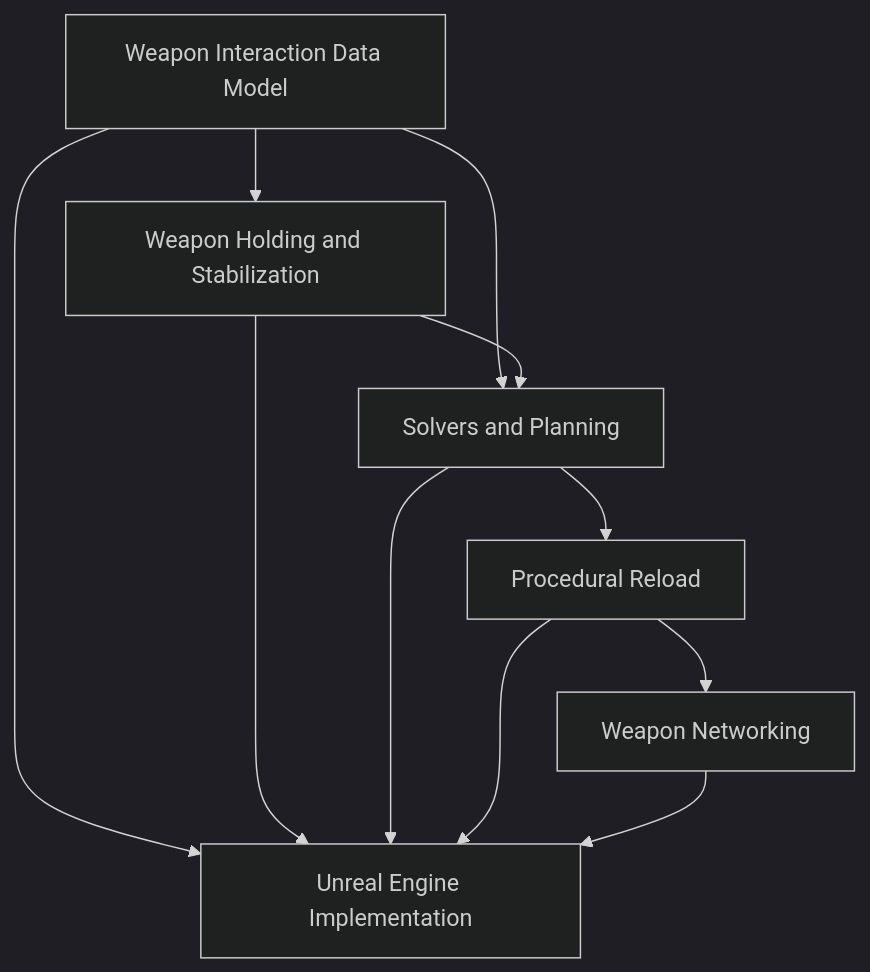
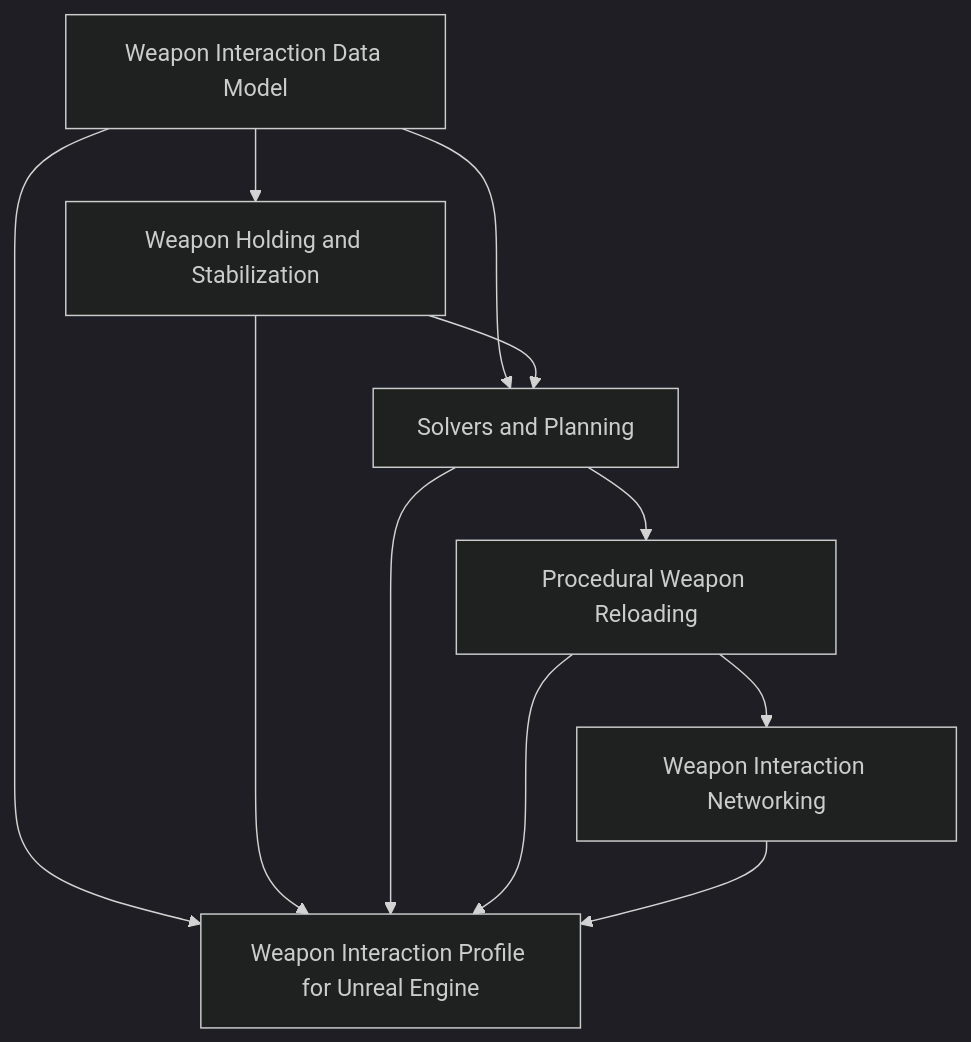
Before and after one commit to o-codify/HumanLocomotionSpecificationDocs: the diagram in docs/12-weapon-interaction/index.md, drawn with Mermaid (dark theme). The commit also changed other lines of this file, not shown here.

Commit message:
Replace raw document names with local markdown links in weapon interaction index

````diff
--- a/docs/12-weapon-interaction/index.md
+++ b/docs/12-weapon-interaction/index.md
@@ -95,20 +83,20 @@
 ```mermaid
 flowchart TD
     Data[Weapon Interaction Data Model]
     Holding[Weapon Holding and Stabilization]
     Solvers[Solvers and Planning]
-    Reload[Procedural Reload]
-    Net[Weapon Networking]
-    UE[Unreal Engine Implementation]
+    Reload[Procedural Weapon Reloading]
+    Net[Weapon Interaction Networking]
+    UE[Weapon Interaction Profile for Unreal Engine]
 
     Data --> Holding
     Data --> Solvers
     Holding --> Solvers
     Solvers --> Reload
     Reload --> Net
     Data --> UE
     Holding --> UE
     Solvers --> UE
     Reload --> UE
     Net --> UE
 ```
````
